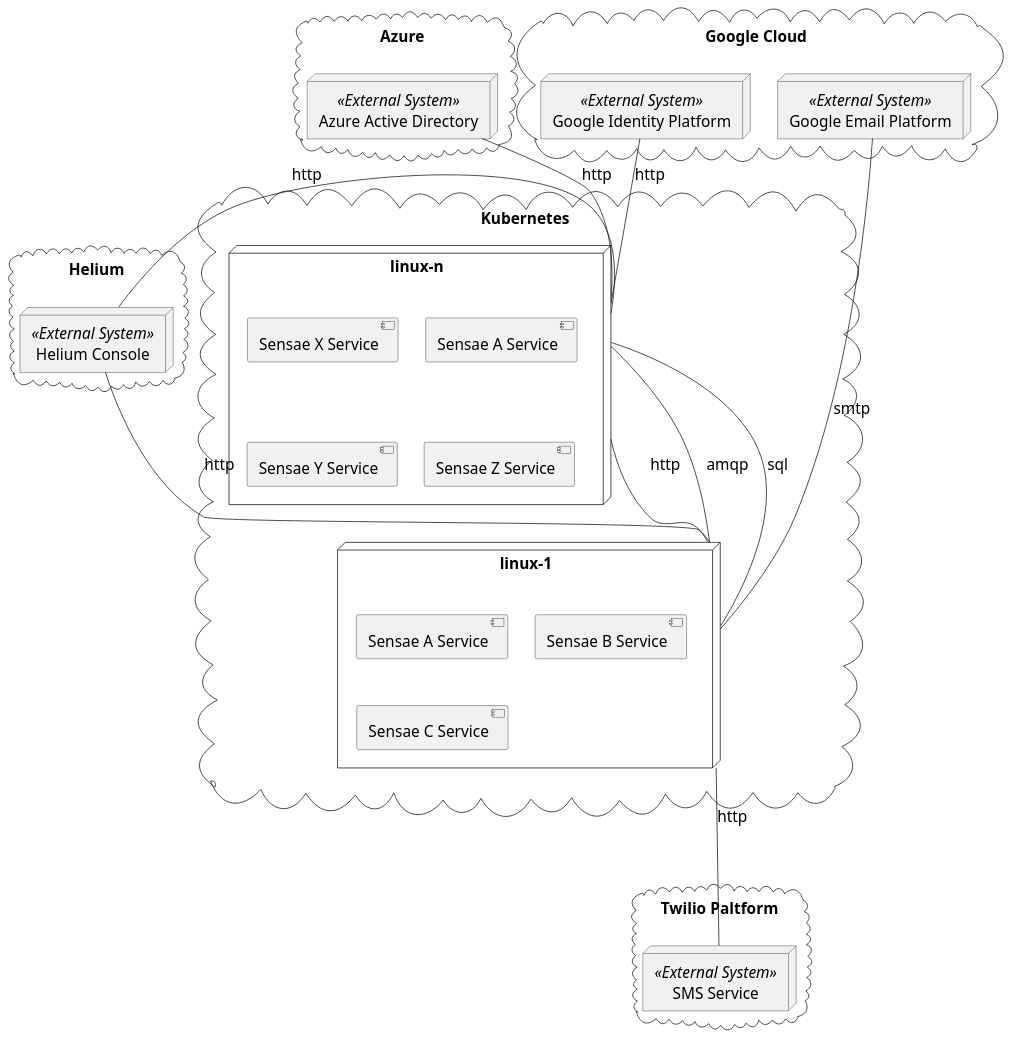
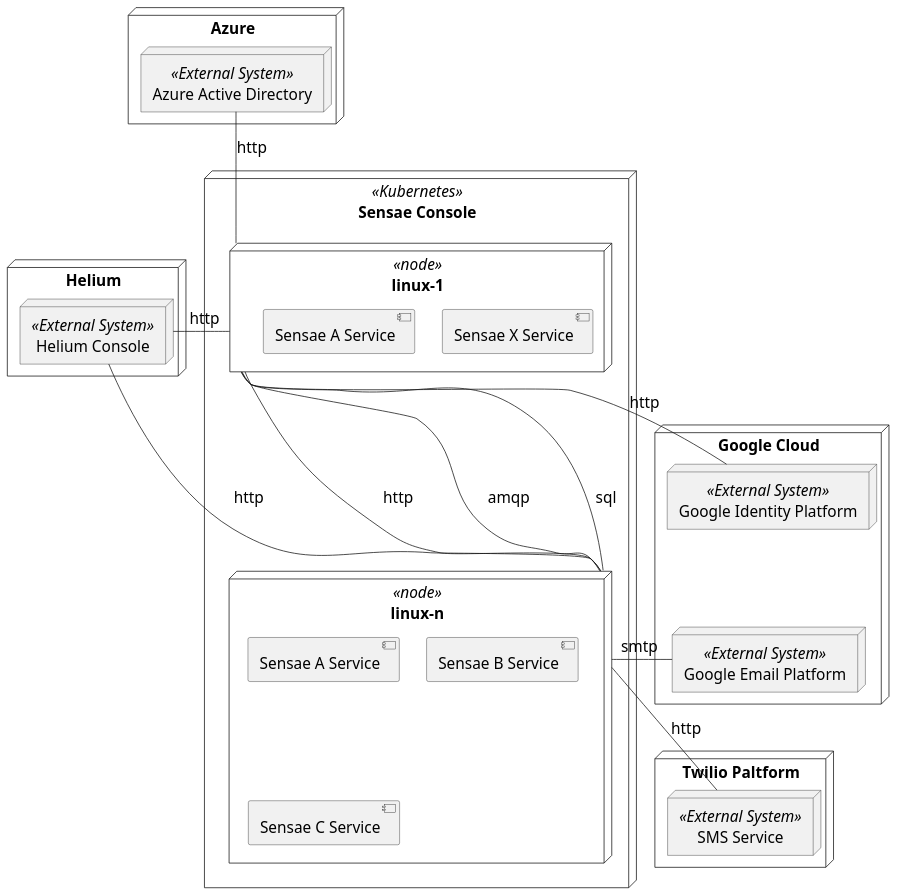
The diagram in assets/diagrams/design/architectural/level2/physical/complete.pu (FilipeMCruz/dissertation), drawn with PlantUML before and after one commit. The commit also changed 11 other files, not shown here.

Commit message:
Fixed some diagrams

```diff
--- a/assets/diagrams/design/architectural/level2/physical/complete.pu
+++ b/assets/diagrams/design/architectural/level2/physical/complete.pu
@@ -1,52 +1,51 @@
 @startuml complete
 
 skinparam defaultFontSize 20
 skinparam Monochrome true
 skinparam sequenceMessageAlign center
 skinparam componentStyle uml2
 skinparam packageStyle rectangle
 
-cloud "Kubernetes" {
-    node "linux-1" as SYSTEM1 {
+node "Sensae Console" <<Kubernetes>> {
+    node "linux-n" <<node>> as SYSTEM1 {
         component "Sensae A Service"
         component "Sensae B Service"
         component "Sensae C Service"
     }
-    node "linux-n" as SYSTEMN {
+    node "linux-1" <<node>> as SYSTEMN {
         component "Sensae X Service"
         component "Sensae A Service" as A
-        component "Sensae Y Service"
-        component "Sensae Z Service"
     }
-    SYSTEMN -- SYSTEM1 : http
-    SYSTEMN -- SYSTEM1 : amqp
+    SYSTEMN --- SYSTEM1 : http
+    SYSTEMN --- SYSTEM1 : amqp
     SYSTEMN --- SYSTEM1 : sql
 }
 
-cloud "Helium" {
+node "Helium" {
     node "Helium Console" <<External System>> as HC
 }
 
-cloud "Azure" {
+node "Azure" {
     node "Azure Active Directory" <<External System>> as AAD
 }
 
-cloud "Google Cloud" {
+node "Google Cloud" {
     node "Google Identity Platform" <<External System>> as GIP
     node "Google Email Platform" <<External System>> as EMAIL
+    GIP -[hidden]- EMAIL
 }
 
-cloud "Twilio Paltform" {
+node "Twilio Paltform" {
     node "SMS Service" <<External System>> as SMS
 }
 
 HC -- SYSTEM1 : http
 HC - SYSTEMN : http
-EMAIL -- SYSTEM1 : smtp
-SYSTEM1 ---- SMS : http
+SYSTEM1 -- SMS : http
 
 AAD -- SYSTEMN : http
-GIP -- SYSTEMN : http
 
+SYSTEM1 - EMAIL : smtp
+SYSTEMN - GIP: http
 
 @enduml
```
